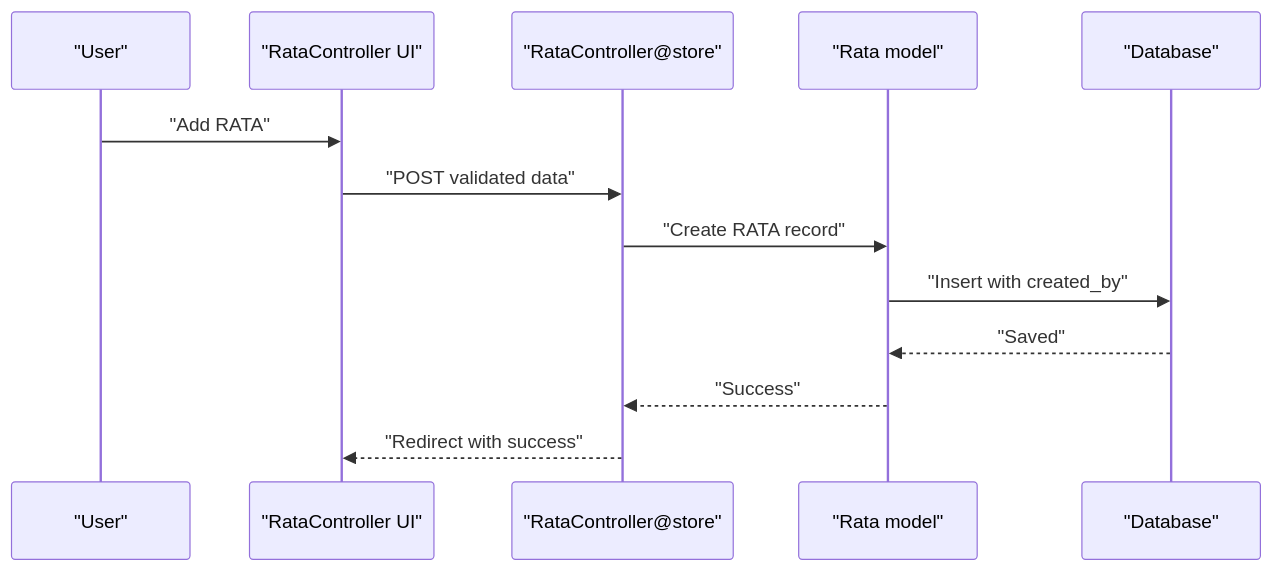
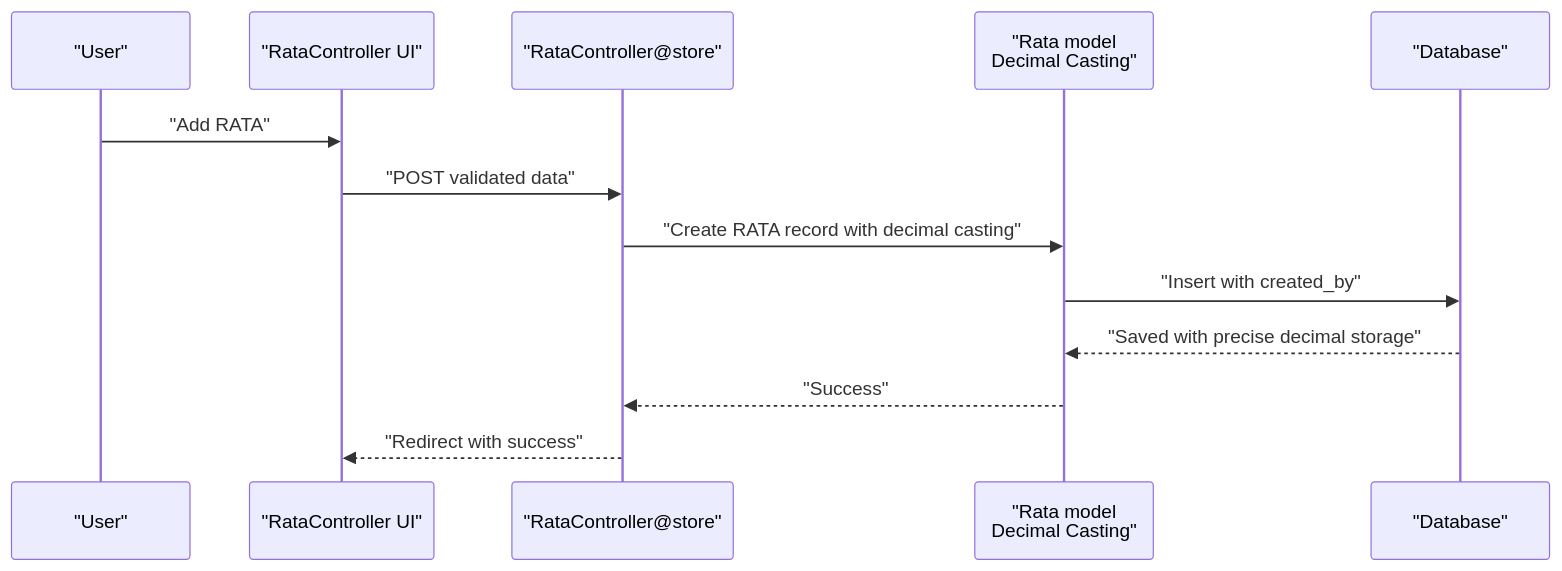
Before and after one commit to vincet0t15/template: the sixth of 10 diagrams in .qoder/repowiki/en/content/Payroll System/Payroll System.md, drawn with Mermaid. The commit also changed other lines of this file and 13 other files, not shown here.

````diff
--- a/.qoder/repowiki/en/content/Payroll System/Payroll System.md
+++ b/.qoder/repowiki/en/content/Payroll System/Payroll System.md
@@ -239,15 +254,15 @@
 ```mermaid
 sequenceDiagram
 participant U as "User"
 participant FE as "RataController UI"
 participant RE as "RataController@store"
-participant RM as "Rata model"
+participant RM as "Rata model<br/>Decimal Casting"
 participant DB as "Database"
 U->>FE : "Add RATA"
 FE->>RE : "POST validated data"
-RE->>RM : "Create RATA record"
+RE->>RM : "Create RATA record with decimal casting"
 RM->>DB : "Insert with created_by"
-DB-->>RM : "Saved"
+DB-->>RM : "Saved with precise decimal storage"
 RM-->>RE : "Success"
 RE-->>FE : "Redirect with success"
 ```
````
